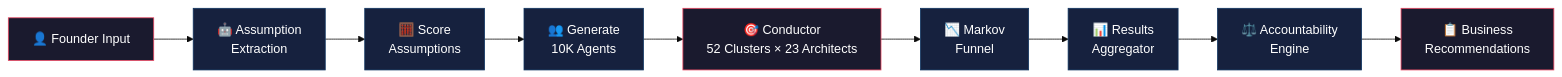
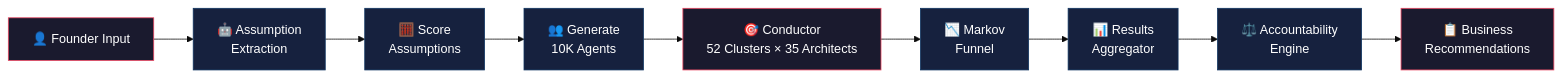
Before and after one commit to sahajpatel123/Simulation: the diagram in README.md, drawn with Mermaid (base theme). The commit also changed other lines of this file, not shown here.

First line of the commit message:
docs: reconcile README with actual runtime and architecture

````diff
--- a/README.md
+++ b/README.md
@@ -29,21 +29,21 @@
 ```mermaid
 flowchart LR
     F[👤 Founder Input] --> A[🤖 Assumption<br>Extraction]
     A --> S[🧮 Score<br>Assumptions]
     S --> G[👥 Generate<br>10K Agents]
-    G --> C[🎯 Conductor<br>52 Clusters × 23 Architects]
+    G --> C[🎯 Conductor<br>52 Clusters × 35 Architects]
     C --> M[📉 Markov<br>Funnel]
     M --> R[📊 Results<br>Aggregator]
     R --> E[⚖️ Accountability<br>Engine]
     E --> O[📋 Business<br>Recommendations]
 
     style F fill:#1a1a2e,stroke:#e94560,color:#fff
     style A fill:#16213e,stroke:#0f3460,color:#fff
     style S fill:#16213e,stroke:#0f3460,color:#fff
     style G fill:#16213e,stroke:#0f3460,color:#fff
     style C fill:#1a1a2e,stroke:#e94560,color:#fff
     style M fill:#16213e,stroke:#0f3460,color:#fff
     style R fill:#16213e,stroke:#0f3460,color:#fff
     style E fill:#16213e,stroke:#0f3460,color:#fff
     style O fill:#1a1a2e,stroke:#e94560,color:#fff
 ```
````
